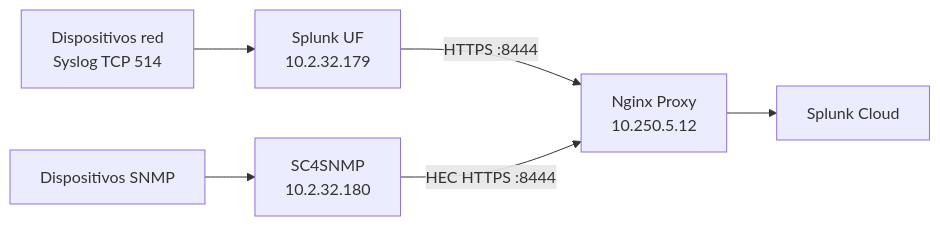
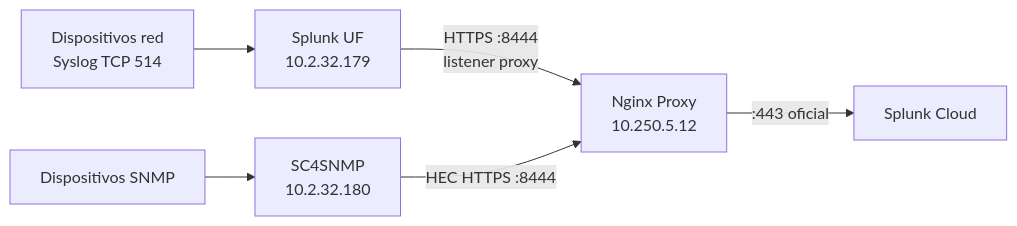
One commit to ulix1808/ICASA_Observability changed the fourth of 4 diagrams in docs/00-arquitectura/arquitectura-general.md. Above: the diagram before and after it, drawn with Mermaid. The commit also changed other lines of this file and 3 other files, not shown here.

First line of the commit message:
Aclarar puertos Splunk: 8444 es interno del proxy, Cloud usa 443.

````diff
--- a/docs/00-arquitectura/arquitectura-general.md
+++ b/docs/00-arquitectura/arquitectura-general.md
@@ -102,8 +102,8 @@
 ```mermaid
 flowchart LR
     DEV["Dispositivos red<br/>Syslog TCP 514"] --> UF["Splunk UF<br/>10.2.32.179"]
     SNMP["Dispositivos SNMP"] --> SC4["SC4SNMP<br/>10.2.32.180"]
-    UF -->|"HTTPS :8444"| PROXY["Nginx Proxy<br/>10.250.5.12"]
+    UF -->|"HTTPS :8444<br/>listener proxy"| PROXY["Nginx Proxy<br/>10.250.5.12"]
     SC4 -->|"HEC HTTPS :8444"| PROXY
-    PROXY --> SC["Splunk Cloud"]
+    PROXY -->|":443 oficial"| SC["Splunk Cloud"]
 ```
````
